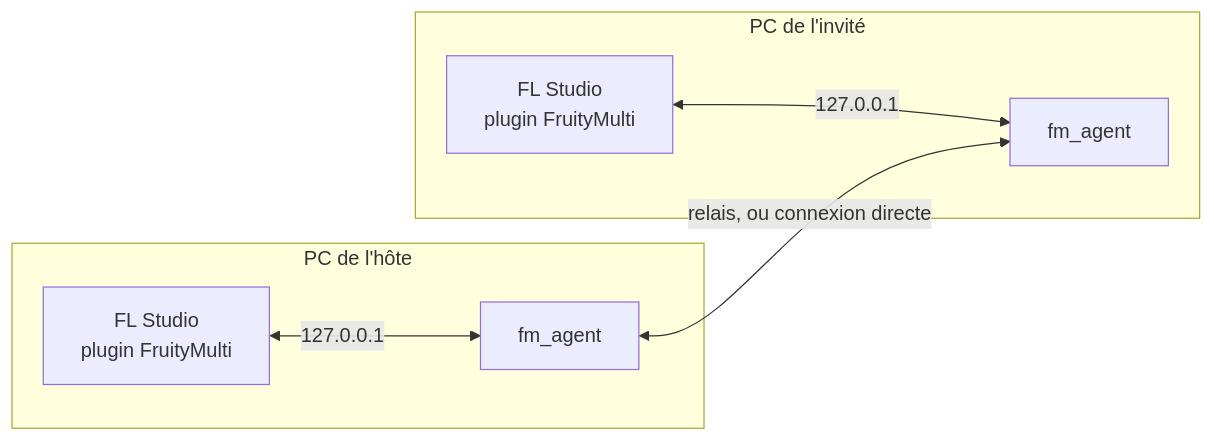
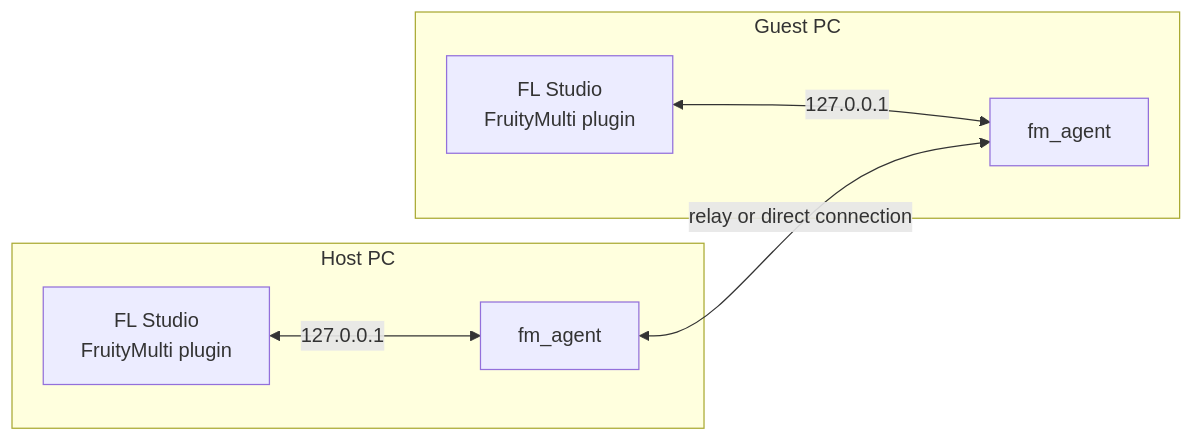
The diagram in README.md (26mataa/FruityMulti), drawn with Mermaid before and after one commit. The commit also changed other lines of this file and 7 other files, not shown here.

````diff
--- a/README.md
+++ b/README.md
@@ -98,10 +82,10 @@
 ```mermaid
 flowchart LR
-    subgraph A["PC de l'hôte"]
-        FLA["FL Studio<br>plugin FruityMulti"] <-->|"127.0.0.1"| AGA["fm_agent"]
+    subgraph A["Host PC"]
+        FLA["FL Studio<br>FruityMulti plugin"] <-->|"127.0.0.1"| AGA["fm_agent"]
     end
-    subgraph B["PC de l'invité"]
-        FLB["FL Studio<br>plugin FruityMulti"] <-->|"127.0.0.1"| AGB["fm_agent"]
+    subgraph B["Guest PC"]
+        FLB["FL Studio<br>FruityMulti plugin"] <-->|"127.0.0.1"| AGB["fm_agent"]
     end
-    AGA <-->|"relais, ou connexion directe"| AGB
+    AGA <-->|"relay or direct connection"| AGB
 ```
````
